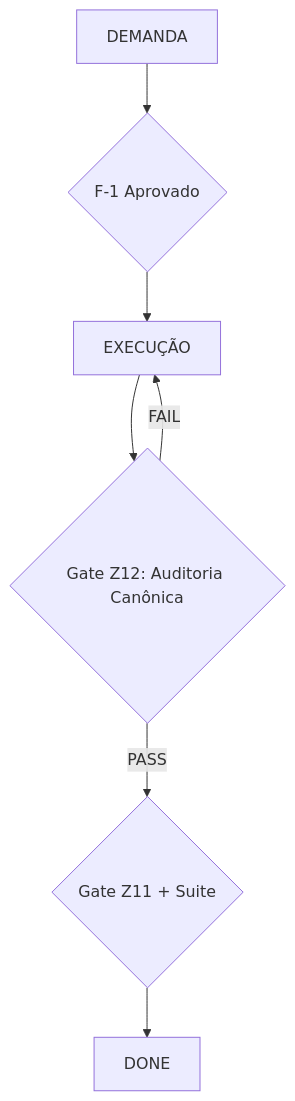
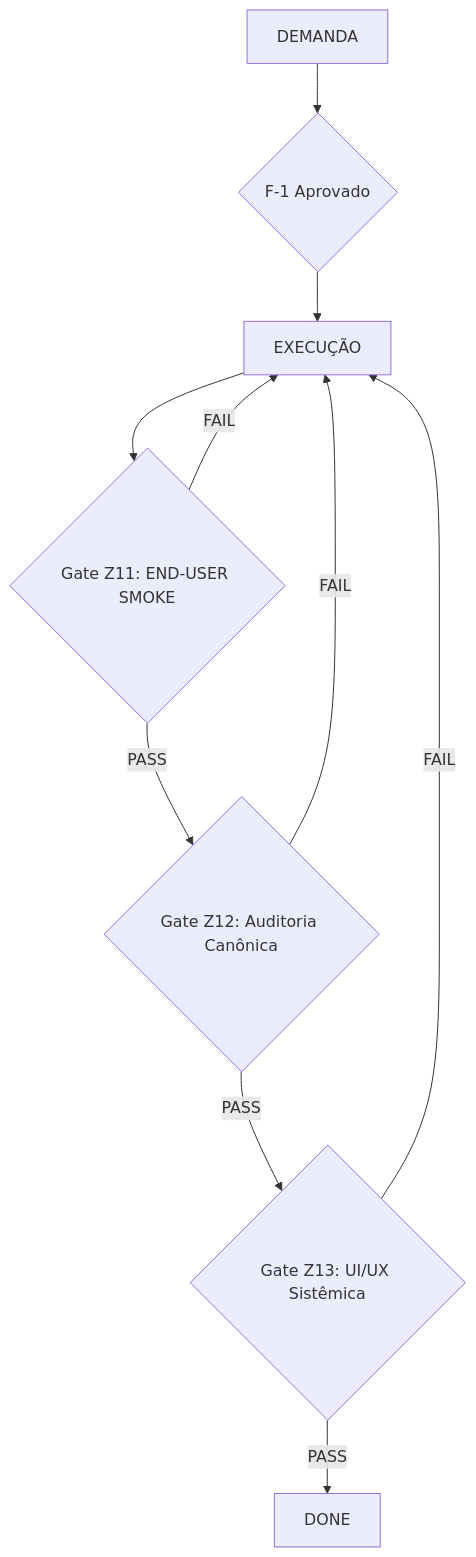
The diagram in METODO/END_FIRST_V2.md (Joubertjr/endfirst-ecosystem), drawn with Mermaid before and after one commit. The commit also changed other lines of this file and 3 other files, not shown here.

First line of the commit message:
feat: adiciona Gate Z13 — UI/UX Sistêmica (Binário) ao método END-FIRST

````diff
--- a/METODO/END_FIRST_V2.md
+++ b/METODO/END_FIRST_V2.md
@@ -401,9 +401,12 @@
 ```mermaid
 graph TD
     A[DEMANDA] --> B{F-1 Aprovado}
     B --> C[EXECUÇÃO]
-    C --> D{Gate Z12: Auditoria Canônica}
-    D -- PASS --> E{Gate Z11 + Suite}
+    C --> D{Gate Z11: END-USER SMOKE}
+    D -- PASS --> E{Gate Z12: Auditoria Canônica}
+    E -- PASS --> F{Gate Z13: UI/UX Sistêmica}
+    F -- PASS --> G[DONE]
     D -- FAIL --> C
-    E --> F[DONE]
+    E -- FAIL --> C
+    F -- FAIL --> C
 ```
````
